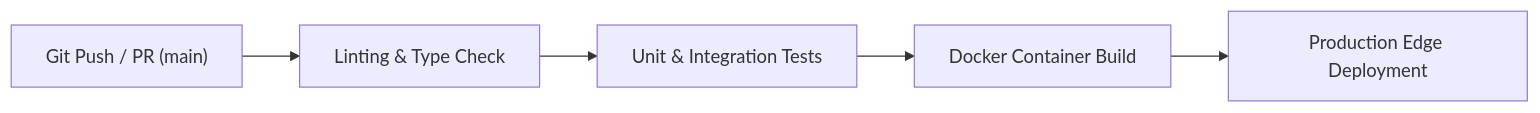
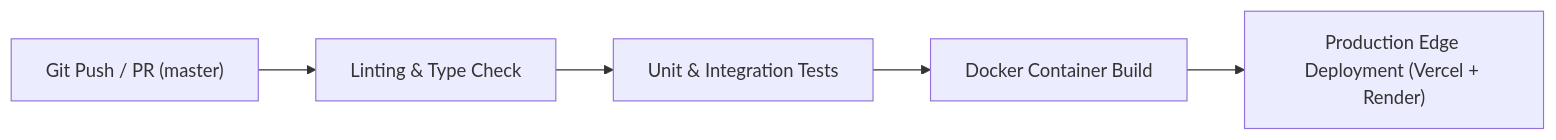
Before and after one commit to Xain-Ul-Abedin/SMT-Project: the diagram in README.md, drawn with Mermaid. The commit also changed other lines of this file and 3 other files, not shown here.

````diff
--- a/README.md
+++ b/README.md
@@ -83,7 +87,7 @@
 ```mermaid
 flowchart LR
-    Push["Git Push / PR (main)"] --> Quality["Linting & Type Check"]
+    Push["Git Push / PR (master)"] --> Quality["Linting & Type Check"]
     Quality --> Test["Unit & Integration Tests"]
     Test --> Build["Docker Container Build"]
-    Build --> Deploy["Production Edge Deployment"]
+    Build --> Deploy["Production Edge Deployment (Vercel + Render)"]
 ```
````
